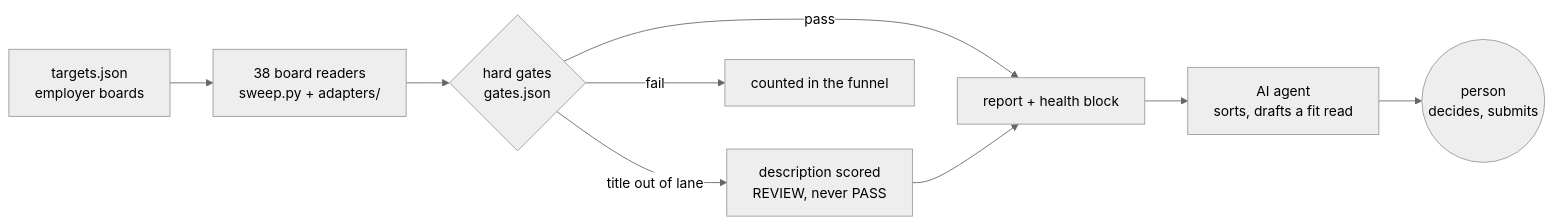
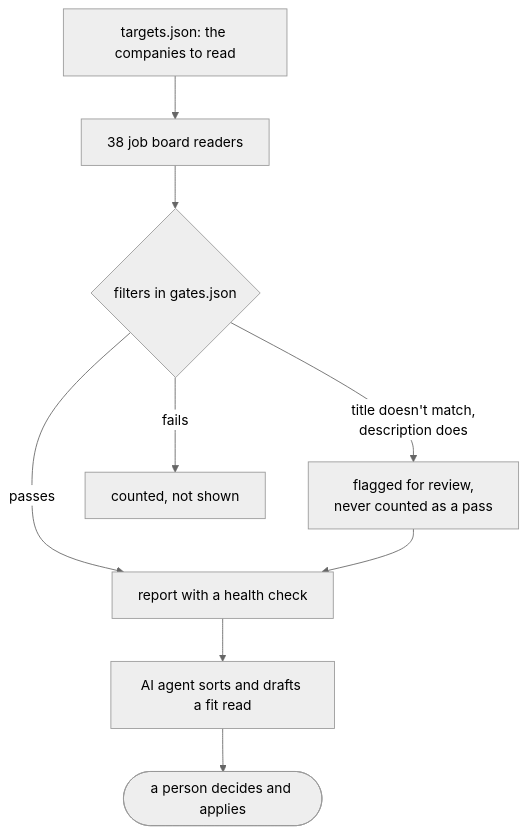
Before and after one commit to mpwilso/Project-Max-Q: the diagram in README.md, drawn with Mermaid (neutral theme). The commit also changed other lines of this file, not shown here.

First line of the commit message:
README: plain-language opening, readable quick start and diagram

````diff
--- a/README.md
+++ b/README.md
@@ -46,10 +58,11 @@
 ```mermaid
-flowchart LR
-    T[targets.json<br/>employer boards] --> A[38 board readers<br/>sweep.py + adapters/]
-    A --> G{hard gates<br/>gates.json}
-    G -->|pass| R[report + health block]
-    G -->|title out of lane| B[description scored<br/>REVIEW, never PASS] --> R
-    G -->|fail| X[counted in the funnel]
-    R --> AI[AI agent<br/>sorts, drafts a fit read]
-    AI --> P((person<br/>decides, submits))
+flowchart TD
+    T[targets.json: the companies to read] --> A[38 job board readers]
+    A --> G{filters in gates.json}
+    G -->|passes| R[report with a health check]
+    G -->|title doesn't match,<br/>description does| B[flagged for review,<br/>never counted as a pass]
+    B --> R
+    G -->|fails| X[counted, not shown]
+    R --> AI[AI agent sorts and drafts a fit read]
+    AI --> P([a person decides and applies])
 ```
````
